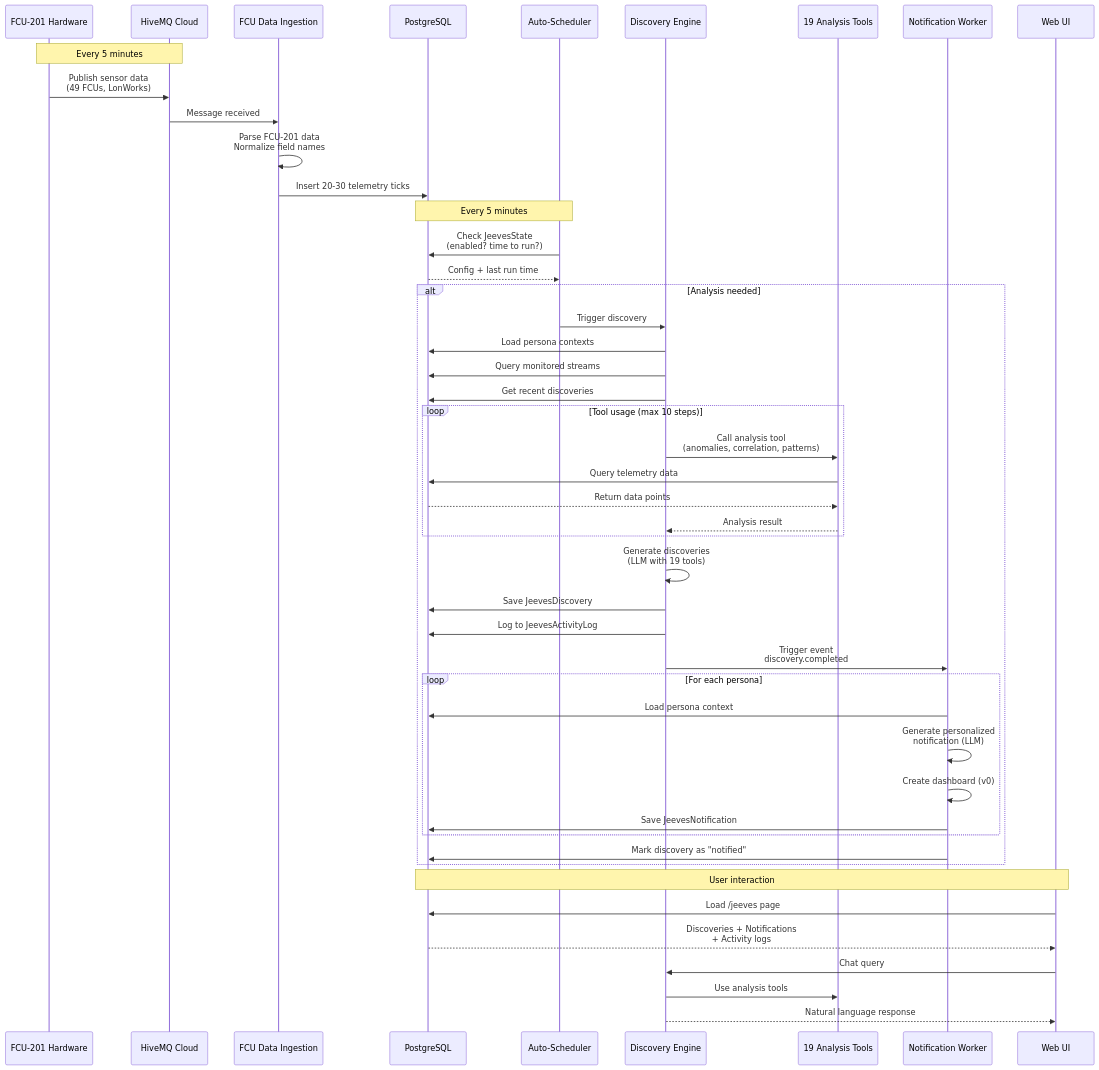
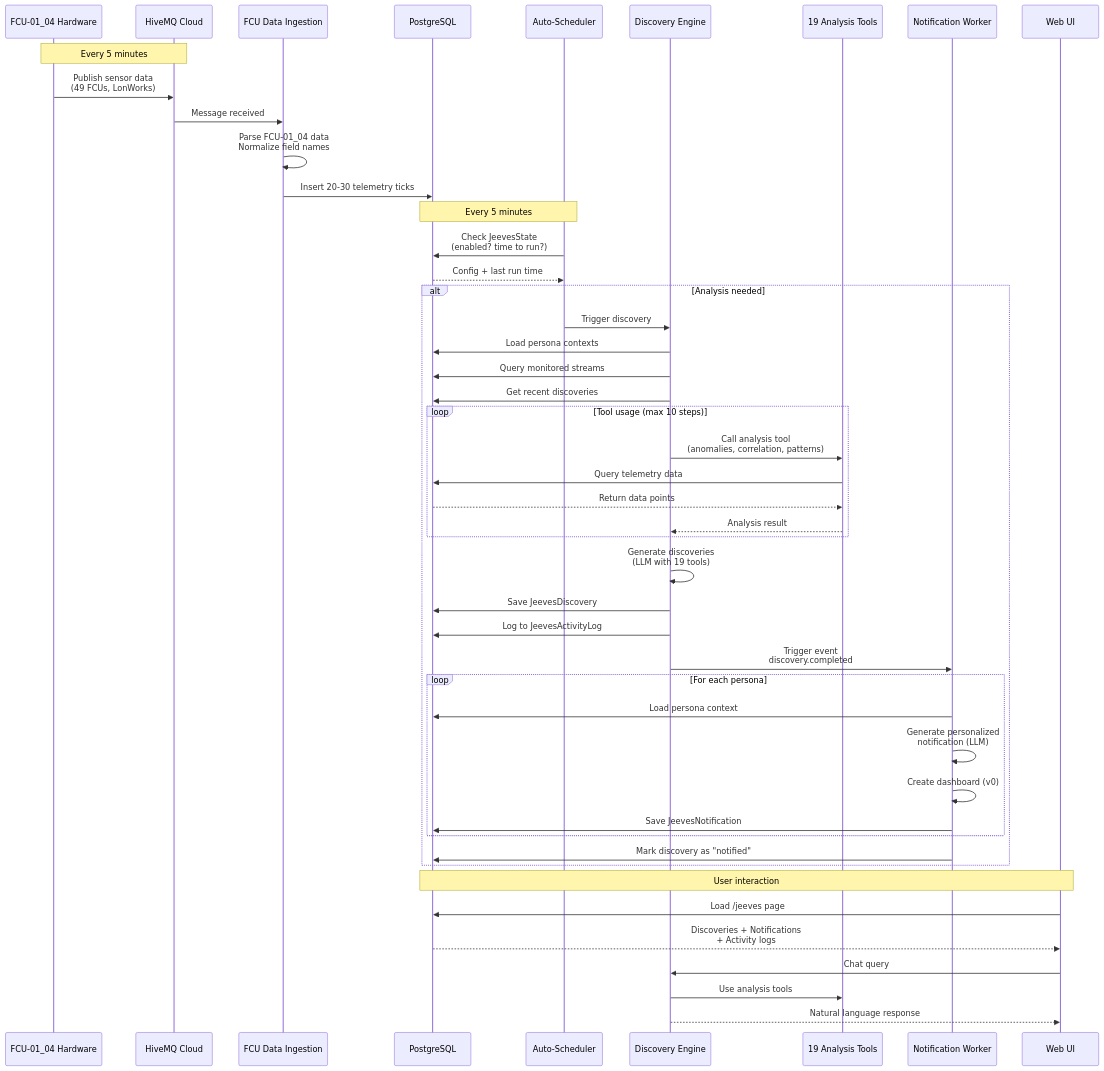
One commit to jh72ie/d2xa-jeeves changed the second of 5 diagrams in docs/architecture-diagram.md. Above: the diagram before and after it, drawn with Mermaid. The commit also changed other lines of this file and 166 other files, not shown here.

````diff
--- a/docs/architecture-diagram.md
+++ b/docs/architecture-diagram.md
@@ -116,58 +116,58 @@
 ```mermaid
 sequenceDiagram
-    participant FCU as FCU-201 Hardware
+    participant FCU as FCU-01_04 Hardware
     participant MQTT as HiveMQ Cloud
     participant Ingestion as FCU Data Ingestion
     participant DB as PostgreSQL
     participant Scheduler as Auto-Scheduler
     participant AI as Discovery Engine
     participant Tools as 19 Analysis Tools
     participant Notify as Notification Worker
     participant User as Web UI
 
     Note over FCU,MQTT: Every 5 minutes
     FCU->>MQTT: Publish sensor data<br/>(49 FCUs, LonWorks)
     MQTT->>Ingestion: Message received
-    Ingestion->>Ingestion: Parse FCU-201 data<br/>Normalize field names
+    Ingestion->>Ingestion: Parse FCU-01_04 data<br/>Normalize field names
     Ingestion->>DB: Insert 20-30 telemetry ticks
 
     Note over Scheduler,DB: Every 5 minutes
     Scheduler->>DB: Check JeevesState<br/>(enabled? time to run?)
     DB-->>Scheduler: Config + last run time
 
     alt Analysis needed
         Scheduler->>AI: Trigger discovery
         AI->>DB: Load persona contexts
         AI->>DB: Query monitored streams
         AI->>DB: Get recent discoveries
 
         loop Tool usage (max 10 steps)
             AI->>Tools: Call analysis tool<br/>(anomalies, correlation, patterns)
             Tools->>DB: Query telemetry data
             DB-->>Tools: Return data points
             Tools-->>AI: Analysis result
         end
 
         AI->>AI: Generate discoveries<br/>(LLM with 19 tools)
         AI->>DB: Save JeevesDiscovery
         AI->>DB: Log to JeevesActivityLog
 
         AI->>Notify: Trigger event<br/>discovery.completed
 
         loop For each persona
             Notify->>DB: Load persona context
             Notify->>Notify: Generate personalized<br/>notification (LLM)
             Notify->>Notify: Create dashboard (v0)
             Notify->>DB: Save JeevesNotification
         end
 
         Notify->>DB: Mark discovery as "notified"
     end
 
     Note over User,DB: User interaction
     User->>DB: Load /jeeves page
     DB-->>User: Discoveries + Notifications<br/>+ Activity logs
     User->>AI: Chat query
     AI->>Tools: Use analysis tools
     AI-->>User: Natural language response
 ```
````
